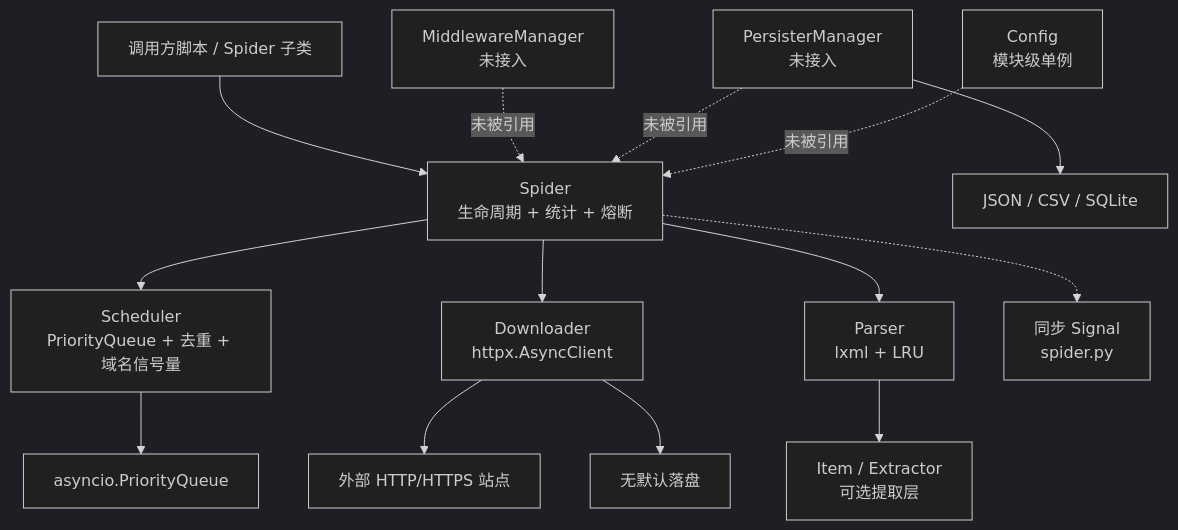
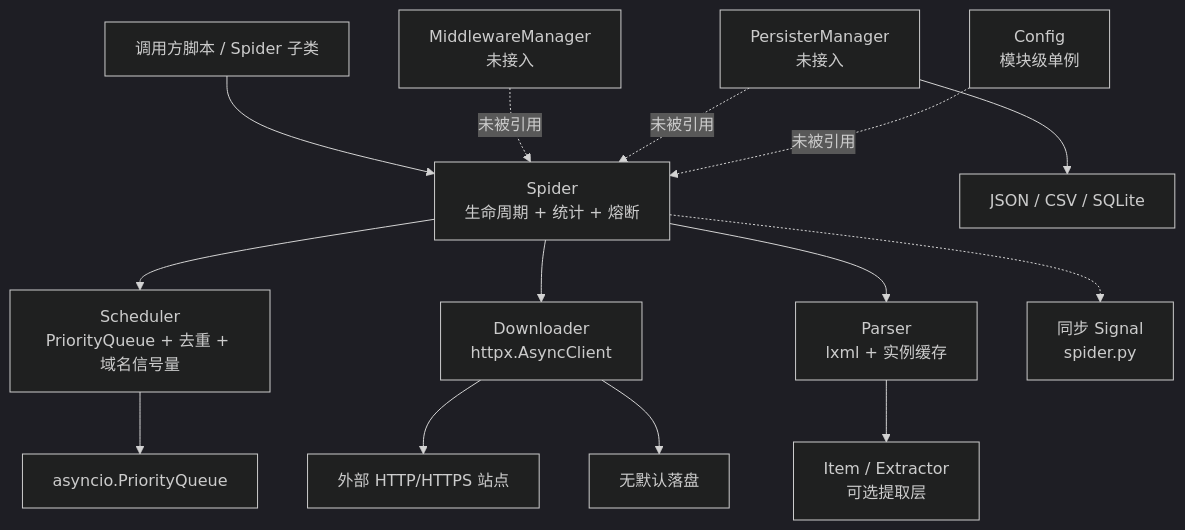
Before and after one commit to fengqimin/WebAnts: the first of 3 diagrams in docs/wiki/01-architecture.md, drawn with Mermaid (dark theme). The commit also changed other lines of this file and 9 other files, not shown here.

````diff
--- a/docs/wiki/01-architecture.md
+++ b/docs/wiki/01-architecture.md
@@ -16,16 +16,16 @@
 ```mermaid
 flowchart TD
     Script["调用方脚本 / Spider 子类"] --> SP["Spider<br/>生命周期 + 统计 + 熔断"]
     SP --> SCH["Scheduler<br/>PriorityQueue + 去重 + 域名信号量"]
     SP --> DL["Downloader<br/>httpx.AsyncClient"]
-    SP --> PS["Parser<br/>lxml + LRU"]
+    SP --> PS["Parser<br/>lxml + 实例缓存"]
     SCH --> Q["asyncio.PriorityQueue"]
     DL --> NET["外部 HTTP/HTTPS 站点"]
     PS --> EXT["Item / Extractor<br/>可选提取层"]
     SP -.-> SIG["同步 Signal<br/>spider.py"]
     MM["MiddlewareManager<br/>未接入"] -. 未被引用 .-> SP
     PM["PersisterManager<br/>未接入"] -. 未被引用 .-> SP
     CFG["Config<br/>模块级单例"] -. 未被引用 .-> SP
     DL --> FILES["无默认落盘"]
     PM --> STORE["JSON / CSV / SQLite"]
 ```
````
